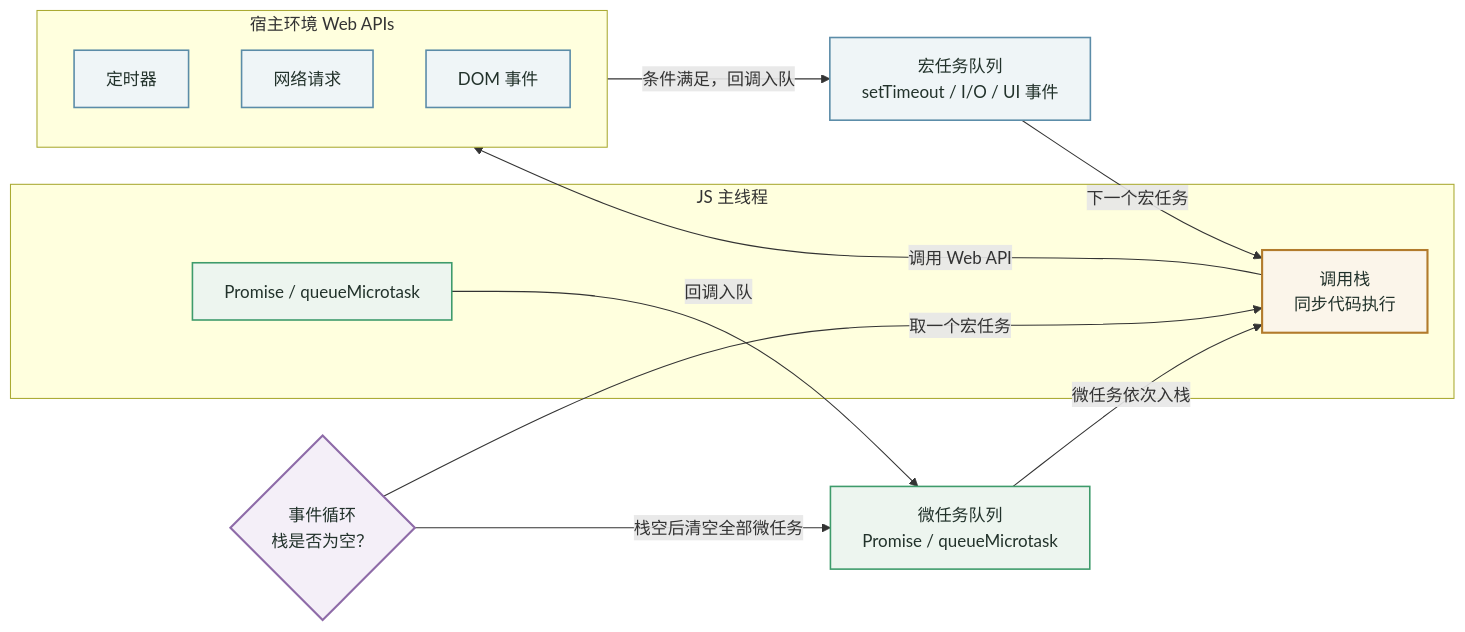
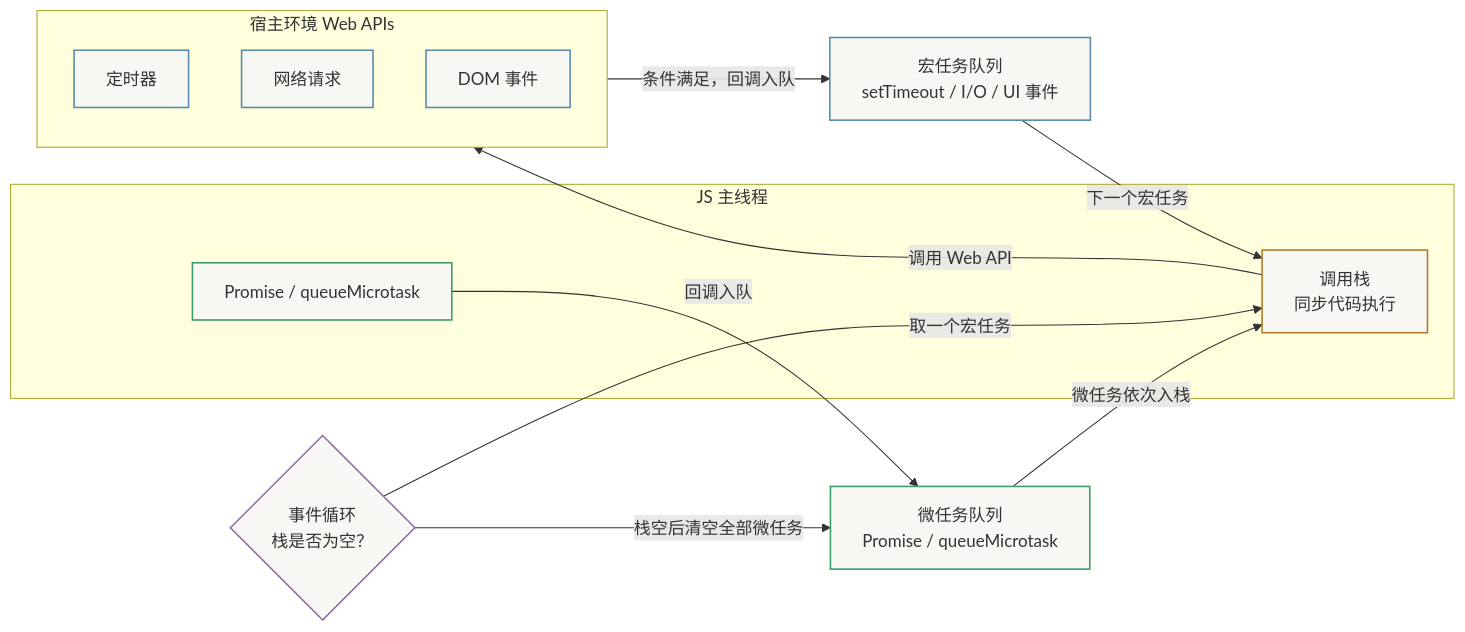
Before and after one commit to Fatejian/frontier-vault: the first of 3 diagrams in docs/javascript/async-evolution.md, drawn with Mermaid. The commit also changed 65 other files, not shown here.

First line of the commit message:
fix(theme): unify mermaid chart palette and remove solid core fills

````diff
--- a/docs/javascript/async-evolution.md
+++ b/docs/javascript/async-evolution.md
@@ -65,34 +65,34 @@
 ```mermaid
 flowchart LR
     subgraph JS["JS 主线程"]
         Stack["调用栈<br/>同步代码执行"]
         Micro["Promise / queueMicrotask"]
     end
 
     subgraph Host["宿主环境 Web APIs"]
         Timer["定时器"]
         Net["网络请求"]
         DOM["DOM 事件"]
     end
 
     MQ["宏任务队列<br/>setTimeout / I/O / UI 事件"]
     uQ["微任务队列<br/>Promise / queueMicrotask"]
 
     Stack -- "调用 Web API" --> Host
     Host -- "条件满足，回调入队" --> MQ
     Micro -- "回调入队" --> uQ
 
     Loop{"事件循环<br/>栈是否为空？"} -- "取一个宏任务" --> Stack
     Loop -- "栈空后清空全部微任务" --> uQ
     uQ -- "微任务依次入栈" --> Stack
     MQ -- "下一个宏任务" --> Stack
 
-    classDef wait fill:#EFF5F7,stroke:#5B8CA8,color:#22322B,stroke-width:1.5px;
-    classDef work fill:#EDF5EF,stroke:#3E9B6B,color:#22322B,stroke-width:1.5px;
-    classDef metric fill:#F4EFF8,stroke:#8E6BA8,color:#22322B,stroke-width:2px;
-    classDef block fill:#FBF5EA,stroke:#B27B2C,color:#22322B,stroke-width:2px;
+    classDef wait fill:#F7F7F3,stroke:#5B8CA8,stroke-width:1.5px;
+    classDef work fill:#F7F7F3,stroke:#3E9B6B,stroke-width:1.5px;
+    classDef metric fill:#F7F7F3,stroke:#8E6BA8,stroke-width:1.5px;
+    classDef block fill:#F7F7F3,stroke:#B27B2C,stroke-width:1.5px;
     class Stack block;
     class Timer,Net,DOM,MQ wait;
     class Micro,uQ work;
     class Loop metric;
 ```
````
